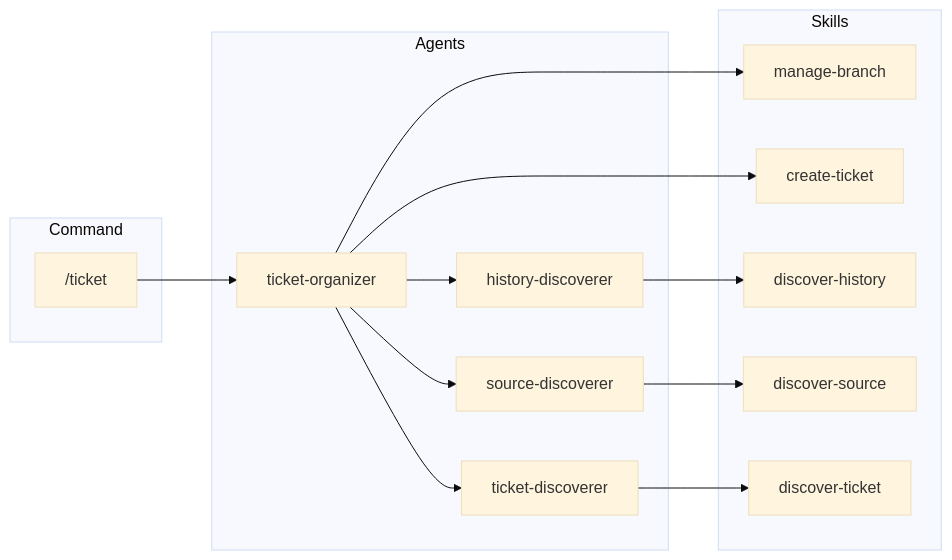
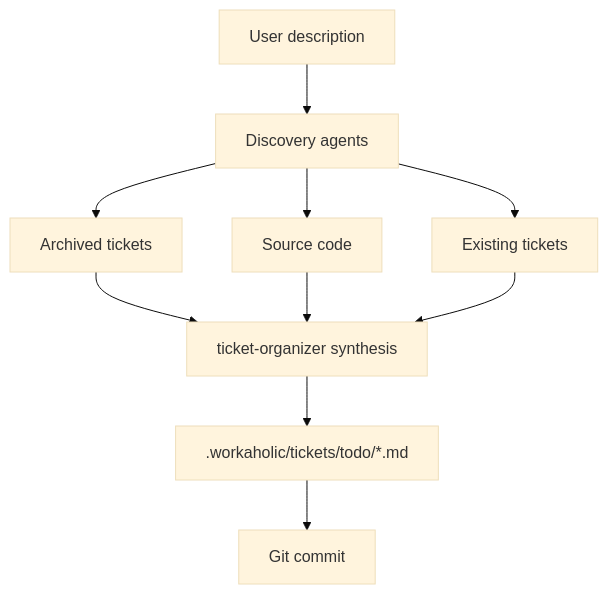
Before and after one commit to qmu/workaholic: the fifth of 8 diagrams in .workaholic/specs/application_ja.md, drawn with Mermaid (base theme). The commit also changed other lines of this file and 42 other files, not shown here.

````diff
--- a/.workaholic/specs/application_ja.md
+++ b/.workaholic/specs/application_ja.md
@@ -23,30 +194,14 @@
 ```mermaid
-flowchart LR
-    subgraph Command
-        ticket["/ticket"]
-    end
+flowchart TD
+    Input[User description] --> Discover[Discovery agents]
+    Discover --> History[Archived tickets]
+    Discover --> Source[Source code]
+    Discover --> Duplicates[Existing tickets]
 
-    subgraph Agents
-        to[ticket-organizer]
-        hd[history-discoverer]
-        sd[source-discoverer]
-        td[ticket-discoverer]
-    end
+    History --> Synthesis[ticket-organizer synthesis]
+    Source --> Synthesis
+    Duplicates --> Synthesis
 
-    subgraph Skills
-        mb[manage-branch]
-        ct[create-ticket]
-        dh[discover-history]
-        ds[discover-source]
-        dt[discover-ticket]
-    end
-
-    ticket --> to
-
-    to --> hd & sd & td
-    to --> ct & mb
-
-    hd --> dh
-    sd --> ds
-    td --> dt
+    Synthesis --> Ticket[.workaholic/tickets/todo/*.md]
+    Ticket --> Commit[Git commit]
 ```
````
